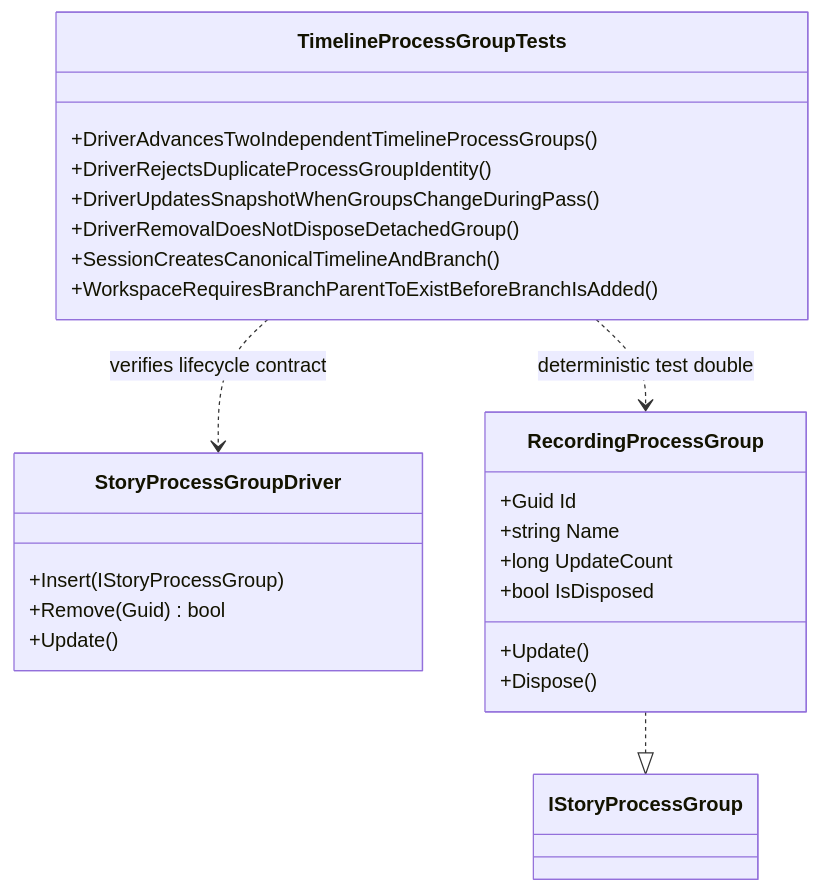
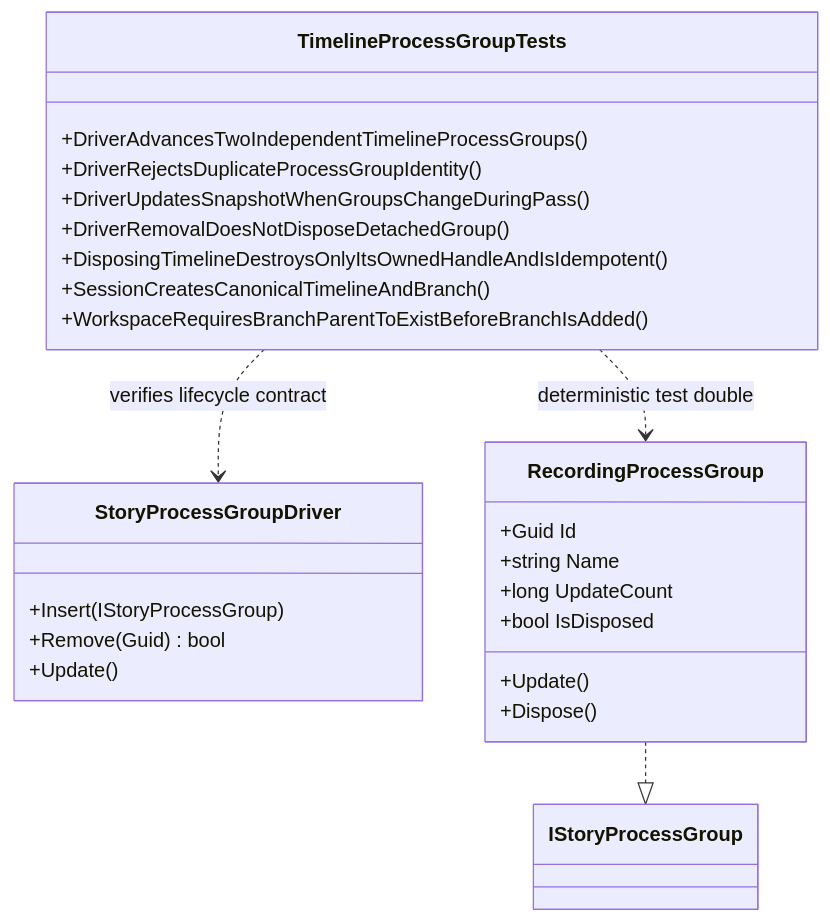
Before and after one commit to TrentBest/StoryBuilder: the diagram in docs/UML/TimelineProcessGroupTestsUML.md, drawn with Mermaid. The commit also changed other lines of this file, not shown here.

Commit message:
docs: add timeline disposal isolation UML case

````diff
--- a/docs/UML/TimelineProcessGroupTestsUML.md
+++ b/docs/UML/TimelineProcessGroupTestsUML.md
@@ -3,28 +3,29 @@
 ```mermaid
 classDiagram
     direction TB
     class TimelineProcessGroupTests {
         +DriverAdvancesTwoIndependentTimelineProcessGroups()
         +DriverRejectsDuplicateProcessGroupIdentity()
         +DriverUpdatesSnapshotWhenGroupsChangeDuringPass()
         +DriverRemovalDoesNotDisposeDetachedGroup()
+        +DisposingTimelineDestroysOnlyItsOwnedHandleAndIsIdempotent()
         +SessionCreatesCanonicalTimelineAndBranch()
         +WorkspaceRequiresBranchParentToExistBeforeBranchIsAdded()
     }
     class StoryProcessGroupDriver {
         +Insert(IStoryProcessGroup)
         +Remove(Guid) bool
         +Update()
     }
     class RecordingProcessGroup {
         +Guid Id
         +string Name
         +long UpdateCount
         +bool IsDisposed
         +Update()
         +Dispose()
     }
     TimelineProcessGroupTests ..> StoryProcessGroupDriver : verifies lifecycle contract
     TimelineProcessGroupTests ..> RecordingProcessGroup : deterministic test double
     RecordingProcessGroup ..|> IStoryProcessGroup
 ```
````
